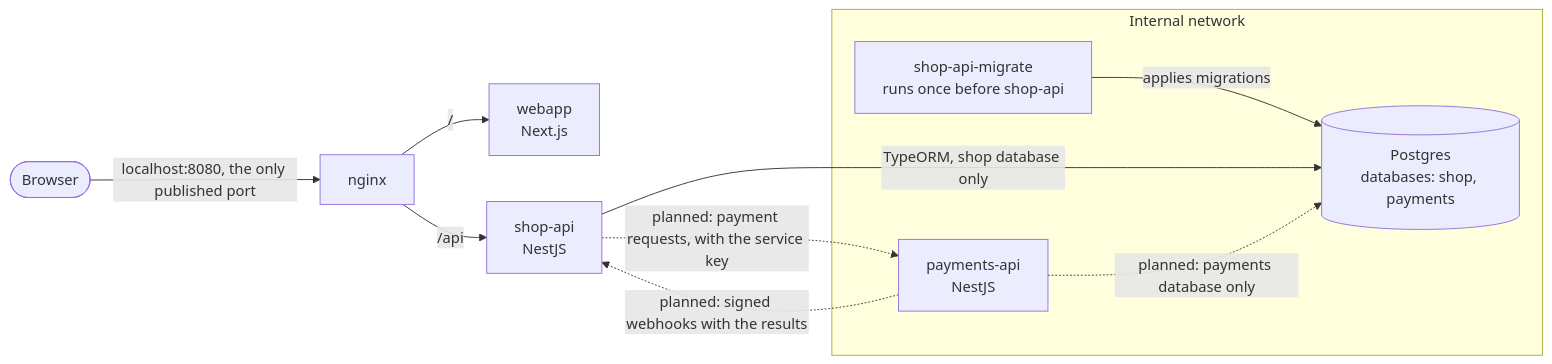
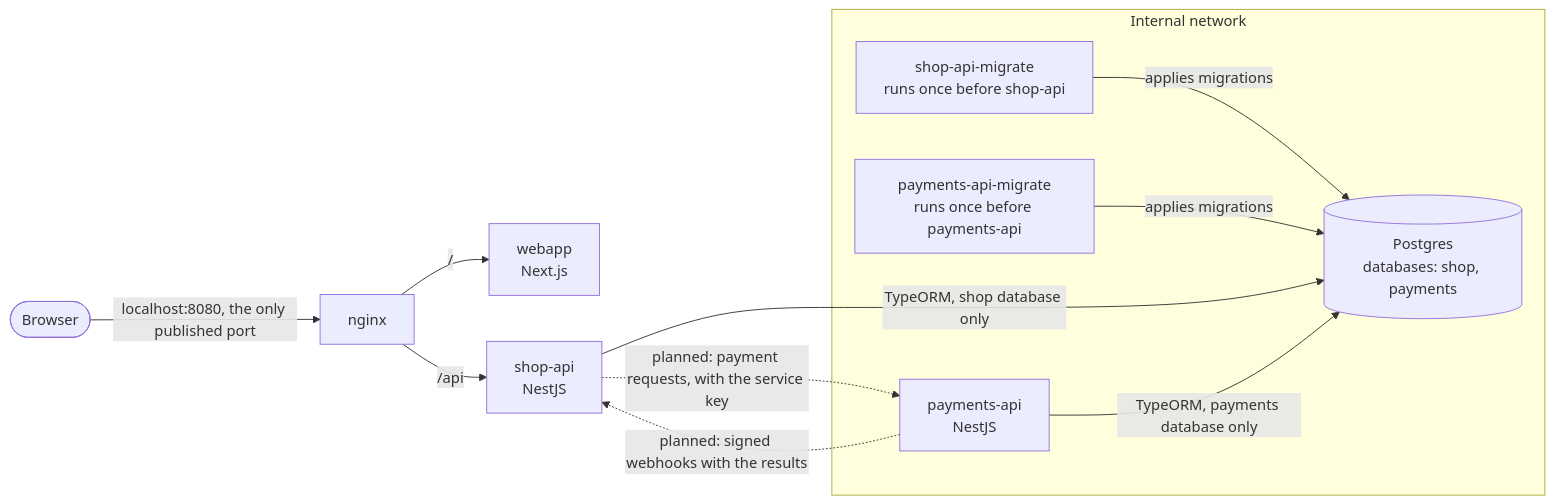
One commit to chaarlie/shopping-app changed the diagram in docs/architecture.md. Above: the diagram before and after it, drawn with Mermaid. The commit also changed other lines of this file and 47 other files, not shown here.

First line of the commit message:
feat(payments-api): take payments with test cards and settle them

````diff
--- a/docs/architecture.md
+++ b/docs/architecture.md
@@ -5,19 +5,21 @@
 ```mermaid
 flowchart LR
     browser([Browser]) -->|"localhost:8080, the only published port"| nginx
 
     nginx -->|"/"| webapp["webapp<br/>Next.js"]
     nginx -->|"/api"| shop["shop-api<br/>NestJS"]
 
     subgraph internal ["Internal network"]
         migrate["shop-api-migrate<br/>runs once before shop-api"]
+        paymentsMigrate["payments-api-migrate<br/>runs once before payments-api"]
         payments["payments-api<br/>NestJS"]
         postgres[("Postgres<br/>databases: shop, payments")]
     end
 
     migrate -->|"applies migrations"| postgres
+    paymentsMigrate -->|"applies migrations"| postgres
     shop -->|"TypeORM, shop database only"| postgres
+    payments -->|"TypeORM, payments database only"| postgres
     shop -.->|"planned: payment requests, with the service key"| payments
     payments -.->|"planned: signed webhooks with the results"| shop
-    payments -.->|"planned: payments database only"| postgres
 ```
````
